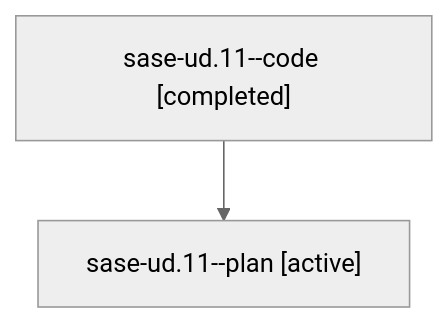
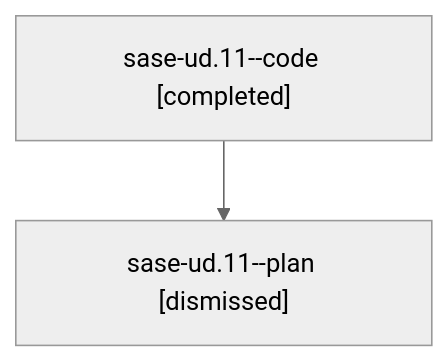
The diagram in sessions/bbugyi200.athena.sase-ud.11.md (sase-org/sase--agents), drawn with Mermaid (neutral theme) before and after one commit. The commit also changed other lines of this file and 380 other files, not shown here.

````diff
--- a/sessions/bbugyi200.athena.sase-ud.11.md
+++ b/sessions/bbugyi200.athena.sase-ud.11.md
@@ -9,6 +9,6 @@
 ```mermaid
 flowchart TD
   n0["sase-ud.11--code [completed]"]
-  n1["sase-ud.11--plan [active]"]
+  n1["sase-ud.11--plan [dismissed]"]
   n0 --> n1
 ```
````
